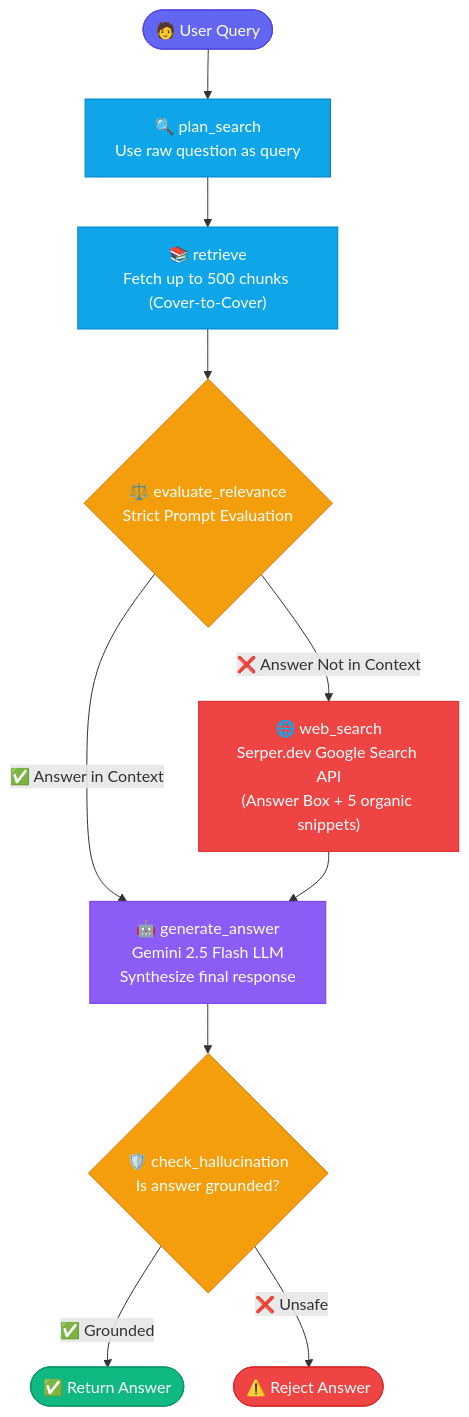
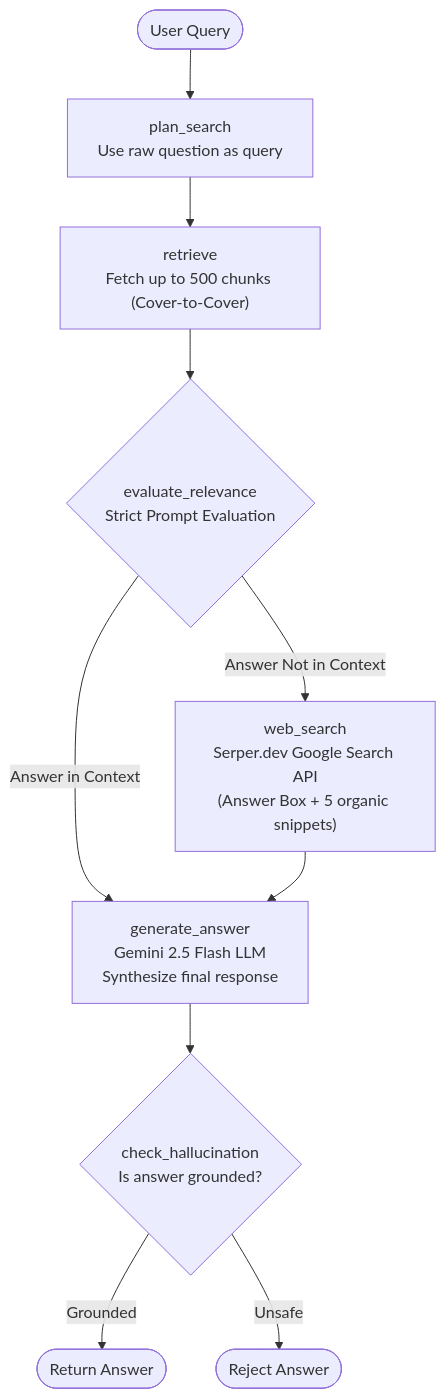
One commit to SunnyKK007/Auto-Agentic-Rag changed the diagram in README.md. Above: the diagram before and after it, drawn with Mermaid. The commit also changed other lines of this file, not shown here.

````diff
--- a/README.md
+++ b/README.md
@@ -49,36 +27,26 @@
 ```mermaid
 flowchart TD
-    A([🧑 User Query]) --> B
+    A([User Query]) --> B
 
-    B["🔍 plan_search\nUse raw question as query"]
+    B["plan_search\nUse raw question as query"]
     B --> C
 
-    C["📚 retrieve\nFetch up to 500 chunks (Cover-to-Cover)"]
+    C["retrieve\nFetch up to 500 chunks (Cover-to-Cover)"]
     C --> D
 
-    D{"⚖️ evaluate_relevance\nStrict Prompt Evaluation"}
+    D{"evaluate_relevance\nStrict Prompt Evaluation"}
 
-    D -- "✅ Answer in Context" --> F
-    D -- "❌ Answer Not in Context" --> E
+    D -- "Answer in Context" --> F
+    D -- "Answer Not in Context" --> E
 
-    E["🌐 web_search\nSerper.dev Google Search API\n(Answer Box + 5 organic snippets)"]
+    E["web_search\nSerper.dev Google Search API\n(Answer Box + 5 organic snippets)"]
     E --> F
 
-    F["🤖 generate_answer\nGemini 2.5 Flash LLM\nSynthesize final response"]
+    F["generate_answer\nGemini 2.5 Flash LLM\nSynthesize final response"]
     F --> G
 
-    G{"🛡️ check_hallucination\nIs answer grounded?"}
+    G{"check_hallucination\nIs answer grounded?"}
 
-    G -- "✅ Grounded" --> H([✅ Return Answer])
-    G -- "❌ Unsafe" --> I([⚠️ Reject Answer])
-
-    style A fill:#6366f1,color:#fff,stroke:#4f46e5
-    style B fill:#0ea5e9,color:#fff,stroke:#0284c7
-    style C fill:#0ea5e9,color:#fff,stroke:#0284c7
-    style D fill:#f59e0b,color:#fff,stroke:#d97706
-    style E fill:#ef4444,color:#fff,stroke:#dc2626
-    style F fill:#8b5cf6,color:#fff,stroke:#7c3aed
-    style G fill:#f59e0b,color:#fff,stroke:#d97706
-    style H fill:#10b981,color:#fff,stroke:#059669
-    style I fill:#ef4444,color:#fff,stroke:#dc2626
+    G -- "Grounded" --> H([Return Answer])
+    G -- "Unsafe" --> I([Reject Answer])
 ```
````
